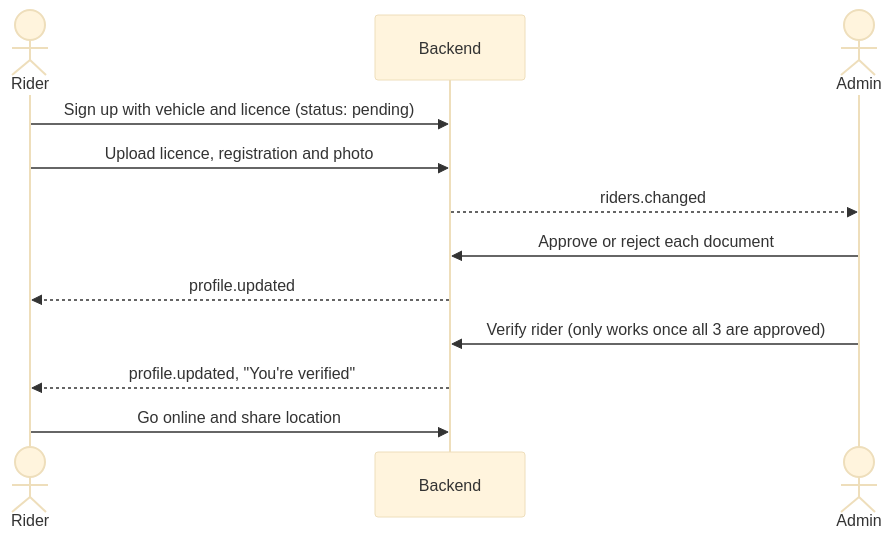
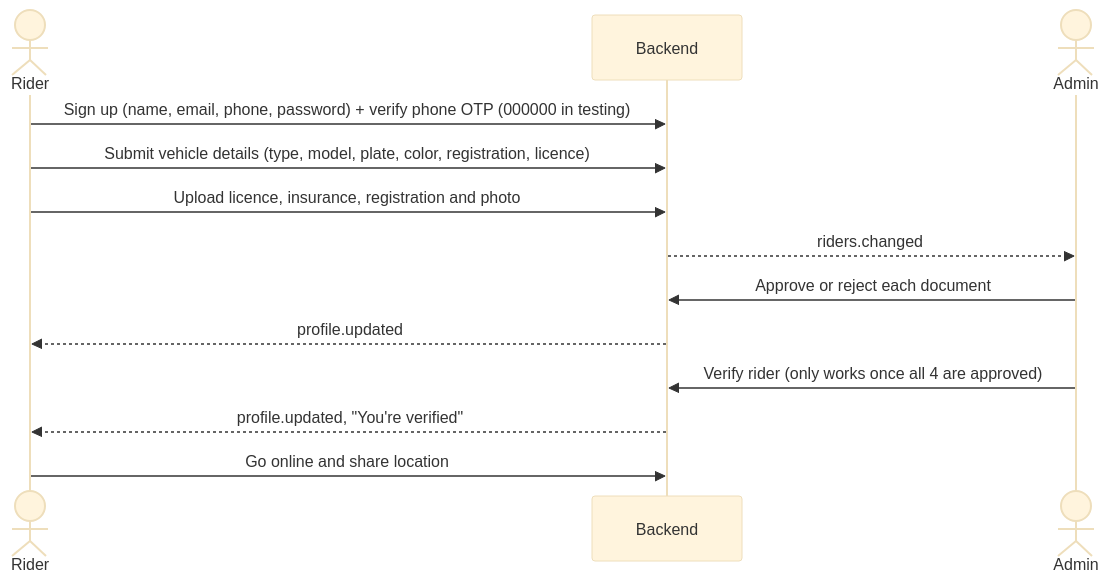
Before and after one commit to TanvirMahmudTushar/Deep-Learning-Based-Ride-Sharing-System: the second of 4 diagrams in Docs/Plan.md, drawn with Mermaid (base theme). The commit also changed other lines of this file and 29 other files, not shown here.

Commit message:
feat: add rider onboarding flow, phone OTP verification, and document management improvements

````diff
--- a/Docs/Plan.md
+++ b/Docs/Plan.md
@@ -63,14 +65,15 @@
 ```mermaid
 sequenceDiagram
   actor Rider
   participant API as Backend
   actor Admin
-  Rider->>API: Sign up with vehicle and licence (status: pending)
-  Rider->>API: Upload licence, registration and photo
+  Rider->>API: Sign up (name, email, phone, password) + verify phone OTP (000000 in testing)
+  Rider->>API: Submit vehicle details (type, model, plate, color, registration, licence)
+  Rider->>API: Upload licence, insurance, registration and photo
   API-->>Admin: riders.changed
   Admin->>API: Approve or reject each document
   API-->>Rider: profile.updated
-  Admin->>API: Verify rider (only works once all 3 are approved)
+  Admin->>API: Verify rider (only works once all 4 are approved)
   API-->>Rider: profile.updated, "You're verified"
   Rider->>API: Go online and share location
 ```
````
